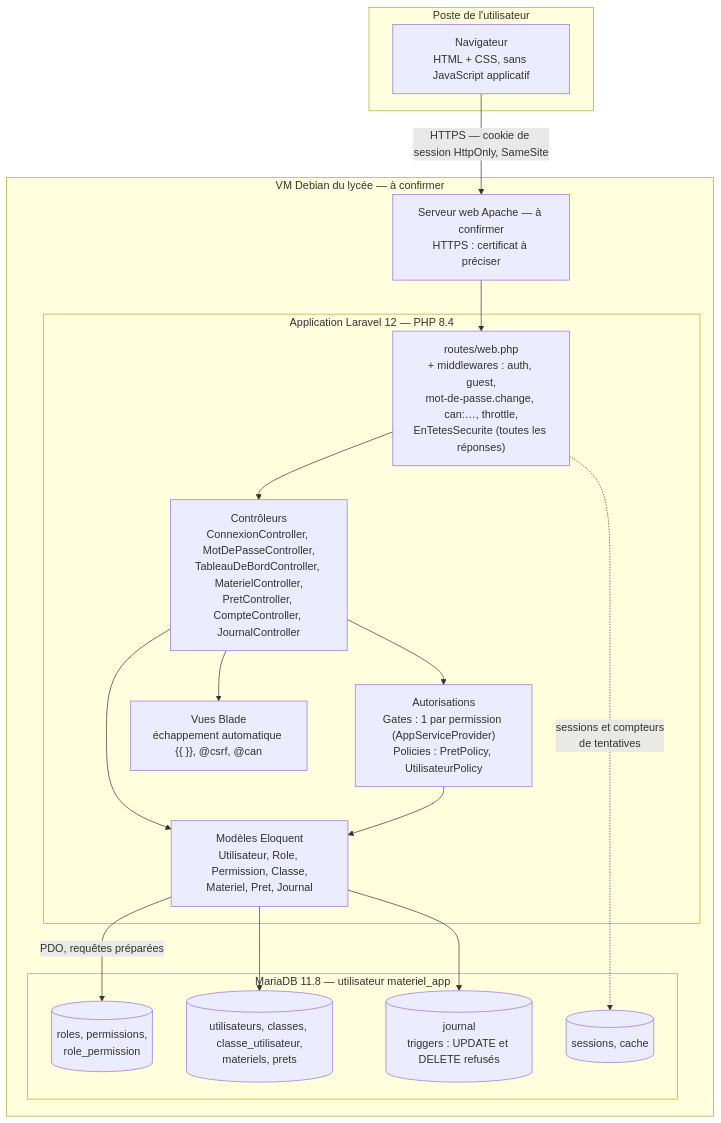
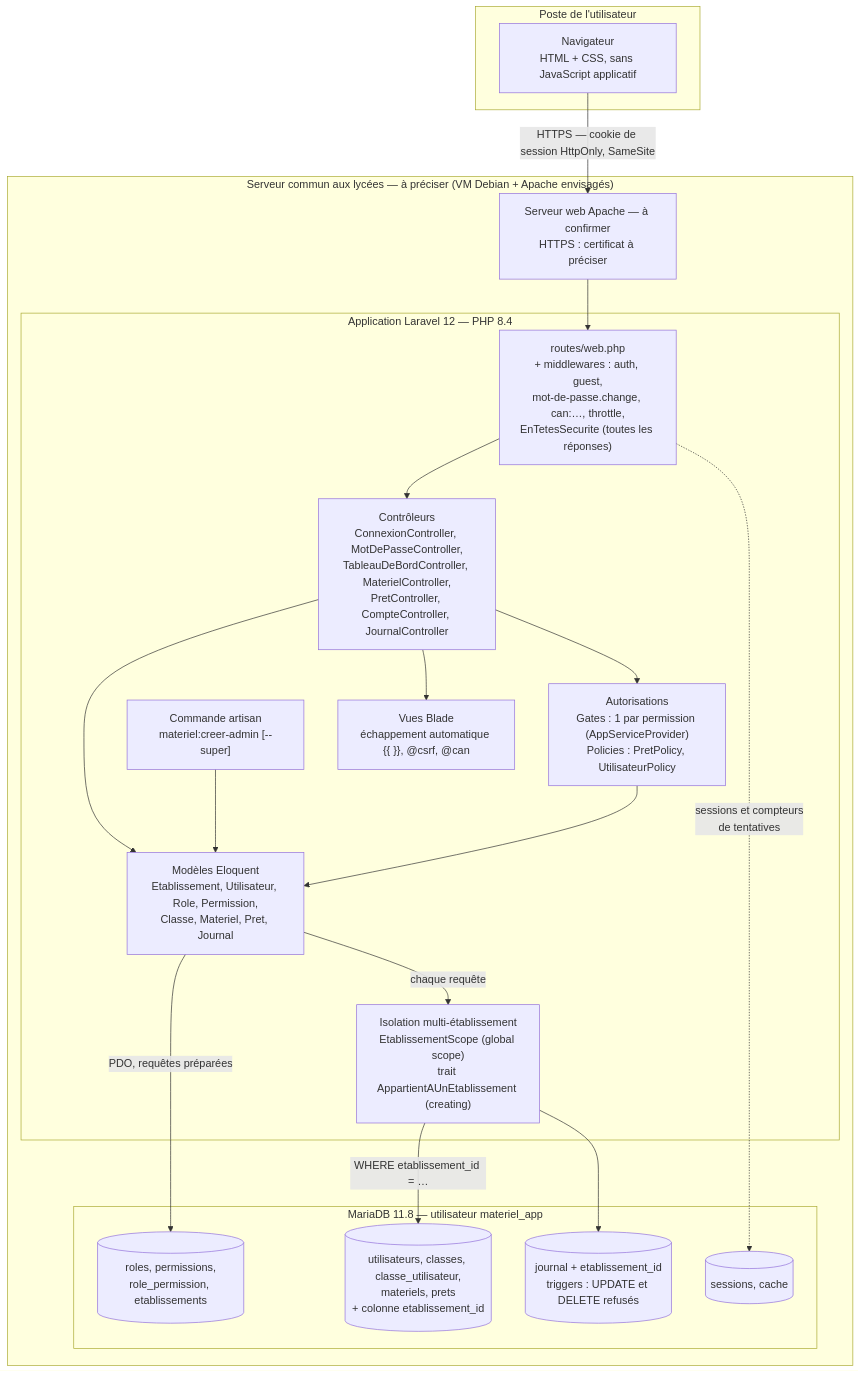
One commit to samucombari-lgtm/gestion_materiel changed the second of 2 diagrams in docs/architecture.md. Above: the diagram before and after it, drawn with Mermaid. The commit also changed other lines of this file and 4 other files, not shown here.

First line of the commit message:
Multi-établissement, étape 6 : documentation et script SQL

````diff
--- a/docs/architecture.md
+++ b/docs/architecture.md
@@ -55,37 +60,41 @@
 ```mermaid
 flowchart TB
     subgraph Client["Poste de l'utilisateur"]
         NAV["Navigateur<br/>HTML + CSS, sans JavaScript applicatif"]
     end
 
-    subgraph Hebergement["VM Debian du lycée — à confirmer"]
+    subgraph Hebergement["Serveur commun aux lycées — à préciser (VM Debian + Apache envisagés)"]
         WEB["Serveur web Apache — à confirmer<br/>HTTPS : certificat à préciser"]
 
         subgraph Laravel["Application Laravel 12 — PHP 8.4"]
             ROUTES["routes/web.php<br/>+ middlewares : auth, guest,<br/>mot-de-passe.change, can:…, throttle,<br/>EnTetesSecurite (toutes les réponses)"]
             CTRL["Contrôleurs<br/>ConnexionController, MotDePasseController,<br/>TableauDeBordController, MaterielController,<br/>PretController, CompteController, JournalController"]
+            CMD["Commande artisan<br/>materiel:creer-admin [--super]"]
             AUTZ["Autorisations<br/>Gates : 1 par permission (AppServiceProvider)<br/>Policies : PretPolicy, UtilisateurPolicy"]
-            MODELES["Modèles Eloquent<br/>Utilisateur, Role, Permission, Classe,<br/>Materiel, Pret, Journal"]
+            MODELES["Modèles Eloquent<br/>Etablissement, Utilisateur, Role, Permission,<br/>Classe, Materiel, Pret, Journal"]
+            ISOL["Isolation multi-établissement<br/>EtablissementScope (global scope)<br/>trait AppartientAUnEtablissement (creating)"]
             VUES["Vues Blade<br/>échappement automatique {{ }}, @csrf, @can"]
         end
 
         subgraph MariaDB["MariaDB 11.8 — utilisateur materiel_app"]
-            T_DROITS[("roles, permissions,<br/>role_permission")]
-            T_METIER[("utilisateurs, classes, classe_utilisateur,<br/>materiels, prets")]
-            T_JOURNAL[("journal<br/>triggers : UPDATE et DELETE refusés")]
+            T_DROITS[("roles, permissions,<br/>role_permission, etablissements")]
+            T_METIER[("utilisateurs, classes, classe_utilisateur,<br/>materiels, prets<br/>+ colonne etablissement_id")]
+            T_JOURNAL[("journal + etablissement_id<br/>triggers : UPDATE et DELETE refusés")]
             T_SESSIONS[("sessions, cache")]
         end
     end
 
     NAV -- "HTTPS — cookie de session HttpOnly, SameSite" --> WEB
     WEB --> ROUTES
     ROUTES --> CTRL
     CTRL --> AUTZ
     CTRL --> MODELES
     CTRL --> VUES
+    CMD --> MODELES
     AUTZ --> MODELES
     MODELES -- "PDO, requêtes préparées" --> T_DROITS
-    MODELES --> T_METIER
-    MODELES --> T_JOURNAL
+    MODELES -- "chaque requête" --> ISOL
+    ISOL -- "WHERE etablissement_id = …" --> T_METIER
+    ISOL --> T_JOURNAL
     ROUTES -. "sessions et compteurs<br/>de tentatives" .-> T_SESSIONS
 ```
````
